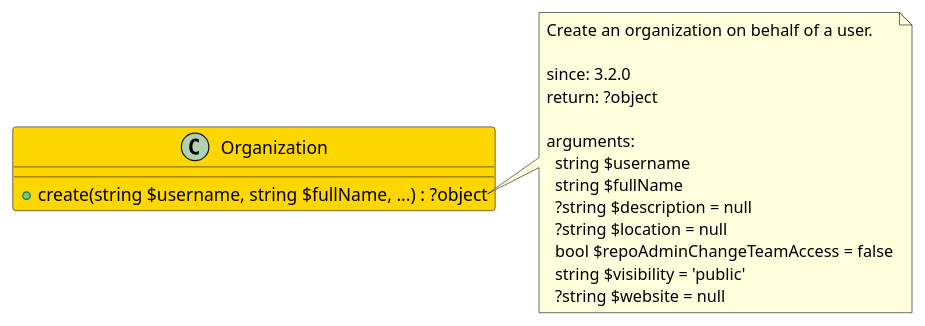
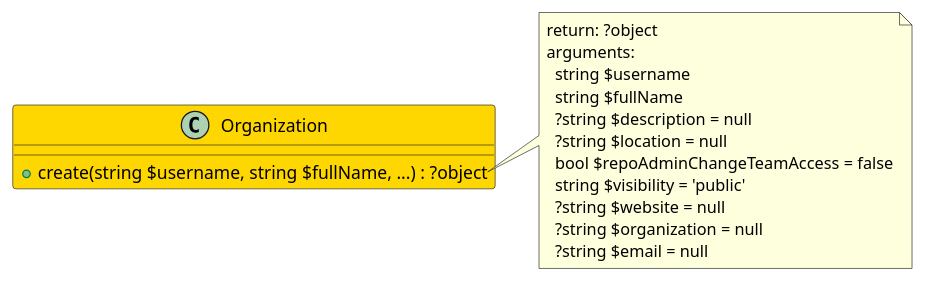
The diagram in src/0039c453-cf6d-468b-9232-fc3fc13ca0c2/README.md (joomengine/gitea), drawn with PlantUML before and after one commit. The commit also changed other lines of this file and 370 other files, not shown here.

````diff
--- a/src/0039c453-cf6d-468b-9232-fc3fc13ca0c2/README.md
+++ b/src/0039c453-cf6d-468b-9232-fc3fc13ca0c2/README.md
@@ -6,25 +6,23 @@
 ```uml
 @startuml
 
-class Organization  #Gold {
+class Organization #Gold {
   + create(string $username, string $fullName, ...) : ?object
 }
 
 note right of Organization::create
-  Create an organization on behalf of a user.
-
-  since: 3.2.0
   return: ?object
-  
   arguments:
     string $username
     string $fullName
     ?string $description = null
     ?string $location = null
     bool $repoAdminChangeTeamAccess = false
     string $visibility = 'public'
     ?string $website = null
+    ?string $organization = null
+    ?string $email = null
 end note
 
 @enduml
 ```
````
